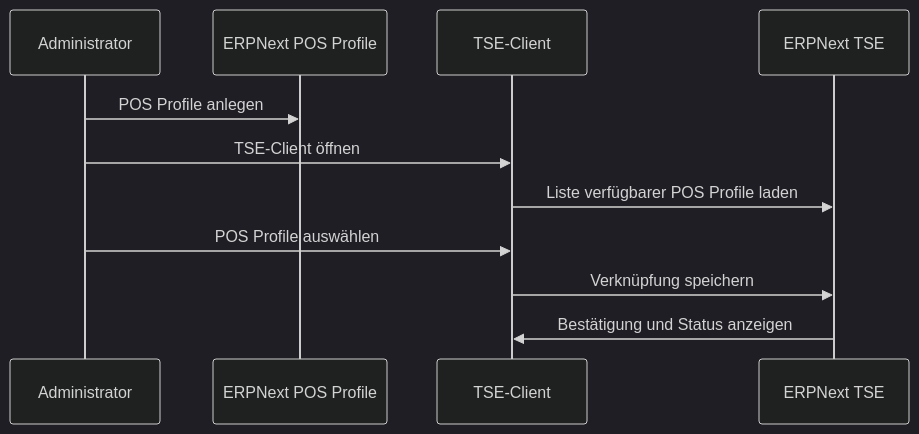
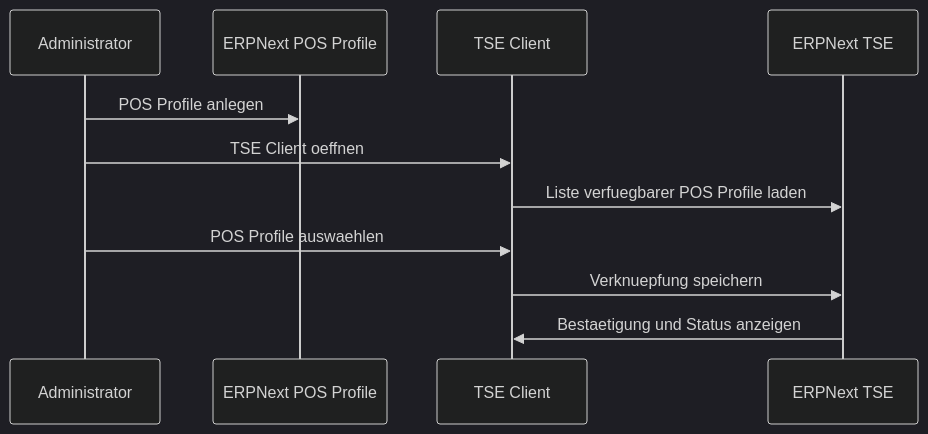
Before and after one commit to Rocket-Quack/erpnext_tse: the fourth of 7 diagrams in docs/guides/de/process_diagram.md, drawn with Mermaid (dark theme). The commit also changed other lines of this file and 19 other files, not shown here.

````diff
--- a/docs/guides/de/process_diagram.md
+++ b/docs/guides/de/process_diagram.md
@@ -65,14 +65,14 @@
 ```mermaid
 sequenceDiagram
     participant Admin as Administrator
     participant POS as ERPNext POS Profile
-    participant Client as TSE-Client
+    participant Client as TSE Client
     participant ERP as ERPNext TSE
 
     Admin->>POS: POS Profile anlegen
-    Admin->>Client: TSE-Client öffnen
-    Client->>ERP: Liste verfügbarer POS Profile laden
-    Admin->>Client: POS Profile auswählen
-    Client->>ERP: Verknüpfung speichern
-    ERP->>Client: Bestätigung und Status anzeigen
+    Admin->>Client: TSE Client oeffnen
+    Client->>ERP: Liste verfuegbarer POS Profile laden
+    Admin->>Client: POS Profile auswaehlen
+    Client->>ERP: Verknuepfung speichern
+    ERP->>Client: Bestaetigung und Status anzeigen
 ```
````
